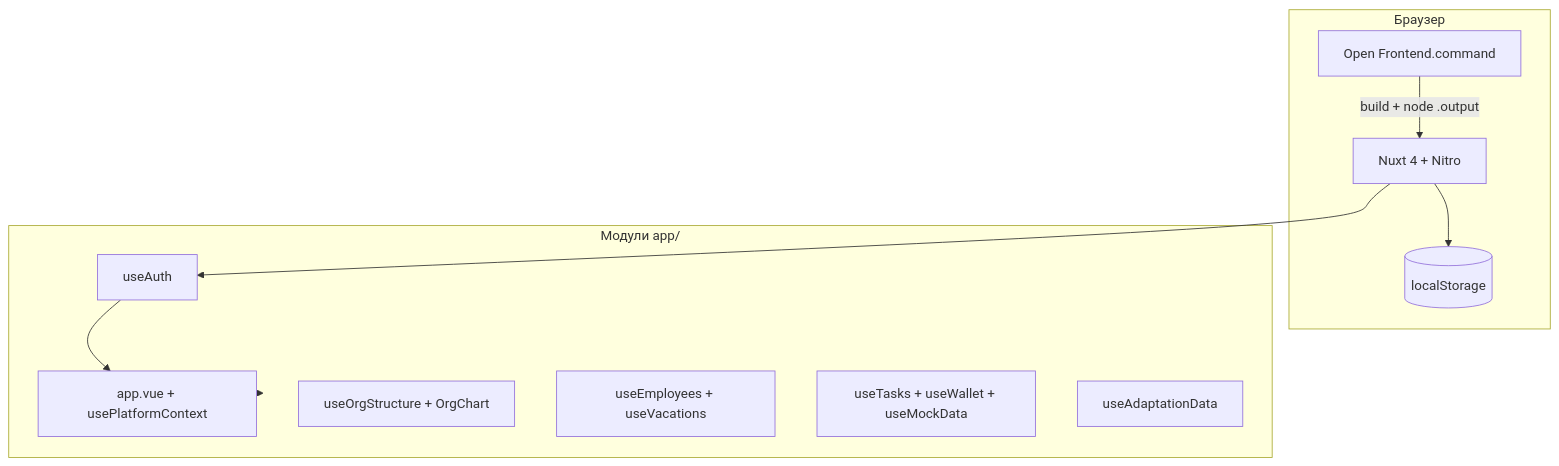
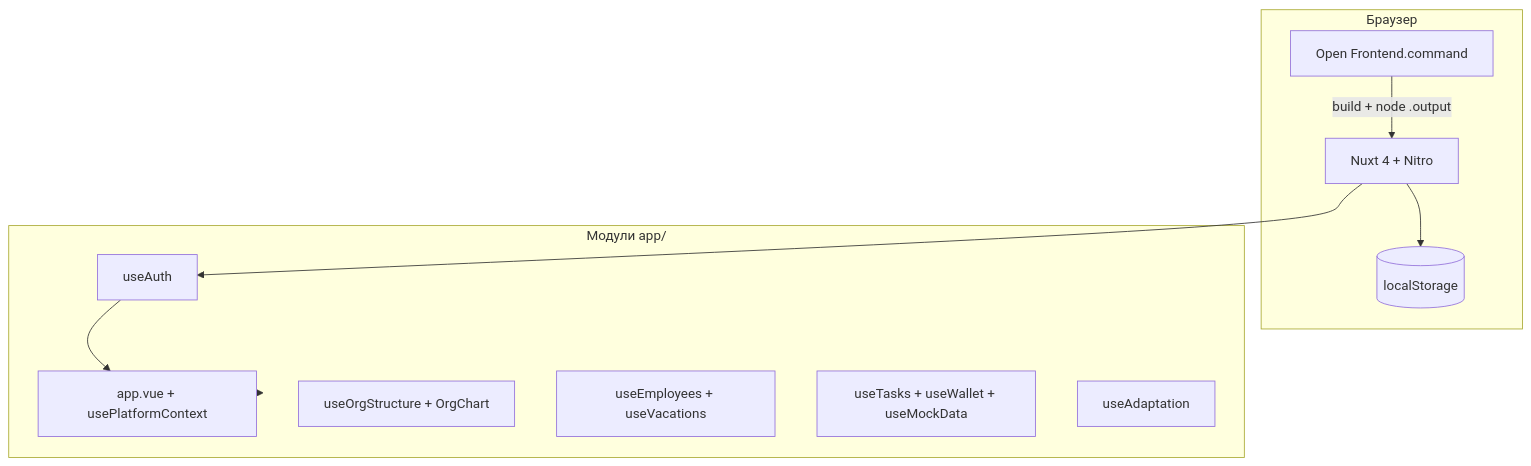
Before and after one commit to DragFruit/HR-Platform: the diagram in docs/ARCHITECTURE.md, drawn with Mermaid. The commit also changed other lines of this file and 114 other files, not shown here.

````diff
--- a/docs/ARCHITECTURE.md
+++ b/docs/ARCHITECTURE.md
@@ -5,24 +5,24 @@
 ```mermaid
 flowchart TB
   subgraph client [Браузер]
     CMD[Open Frontend.command]
     Nuxt[Nuxt 4 + Nitro]
     LS[(localStorage)]
   end
 
   CMD -->|build + node .output| Nuxt
   Nuxt --> LS
 
   subgraph modules [Модули app/]
     Auth[useAuth]
     Shell[app.vue + usePlatformContext]
     Org[useOrgStructure + OrgChart]
     Vac[useEmployees + useVacations]
     Game[useTasks + useWallet + useMockData]
-    Adapt[useAdaptationData]
+    Adapt[useAdaptation]
   end
 
   Nuxt --> Auth
   Auth --> Shell
   Shell --> modules
 ```
````
